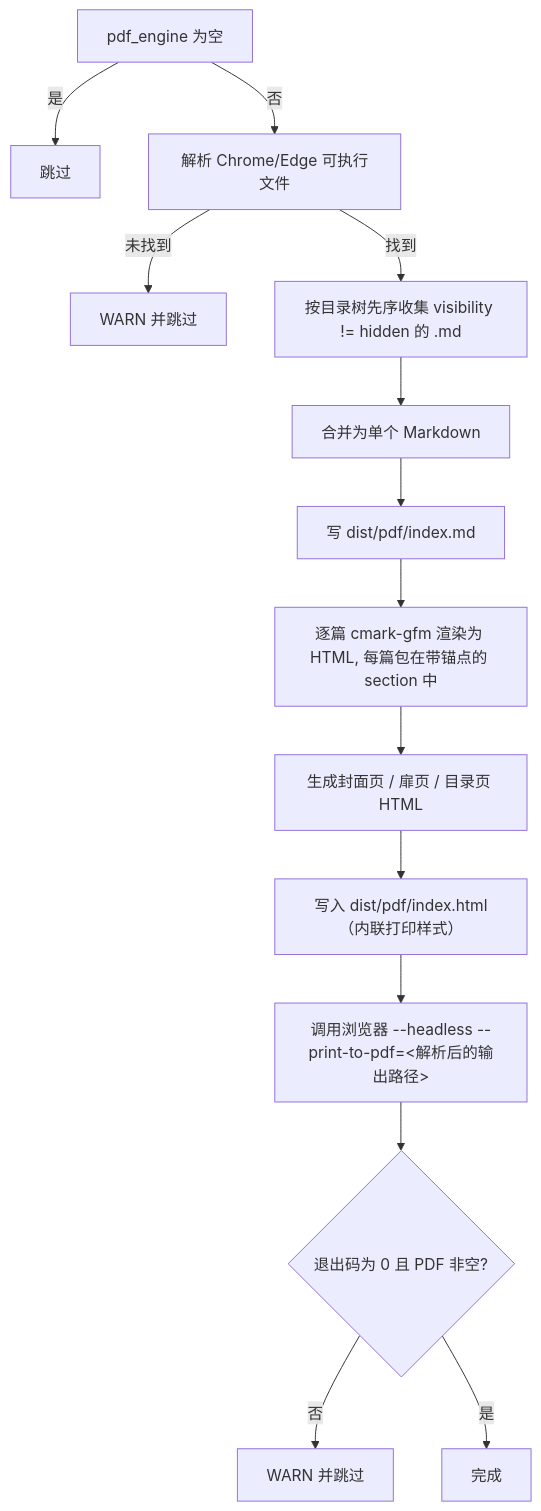
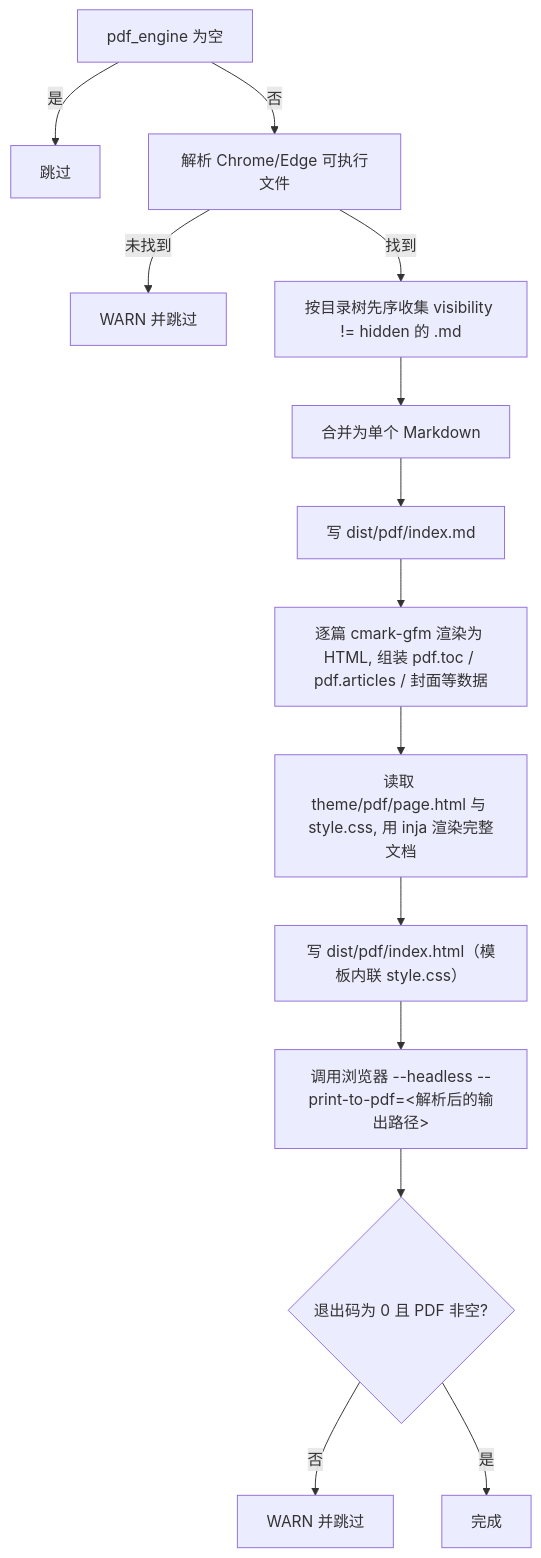
The second of 2 diagrams in docs/prd/06-output.md (o8x/camus), drawn with Mermaid before and after one commit. The commit also changed other lines of this file and 13 other files, not shown here.

Commit message:
feat: extract pdf templates and styles into theme/pdf

````diff
--- a/docs/prd/06-output.md
+++ b/docs/prd/06-output.md
@@ -177,16 +177,16 @@
 ```mermaid
 flowchart TD
     A[pdf_engine 为空] -->|是| Z[跳过]
     A -->|否| B[解析 Chrome/Edge 可执行文件]
     B -->|未找到| W[WARN 并跳过]
     B -->|找到| C[按目录树先序收集 visibility != hidden 的 .md]
     C --> D[合并为单个 Markdown]
     D --> E[写 dist/pdf/index.md]
-    E --> F[逐篇 cmark-gfm 渲染为 HTML, 每篇包在带锚点的 section 中]
-    F --> G[生成封面页 / 扉页 / 目录页 HTML]
-    G --> H[写入 dist/pdf/index.html（内联打印样式）]
+    E --> F[逐篇 cmark-gfm 渲染为 HTML, 组装 pdf.toc / pdf.articles / 封面等数据]
+    F --> G[读取 theme/pdf/page.html 与 style.css, 用 inja 渲染完整文档]
+    G --> H[写 dist/pdf/index.html（模板内联 style.css）]
     H --> I[调用浏览器 --headless --print-to-pdf=<解析后的输出路径>]
     I --> J{退出码为 0 且 PDF 非空?}
     J -->|否| W2[WARN 并跳过]
     J -->|是| K[完成]
 ```
````
